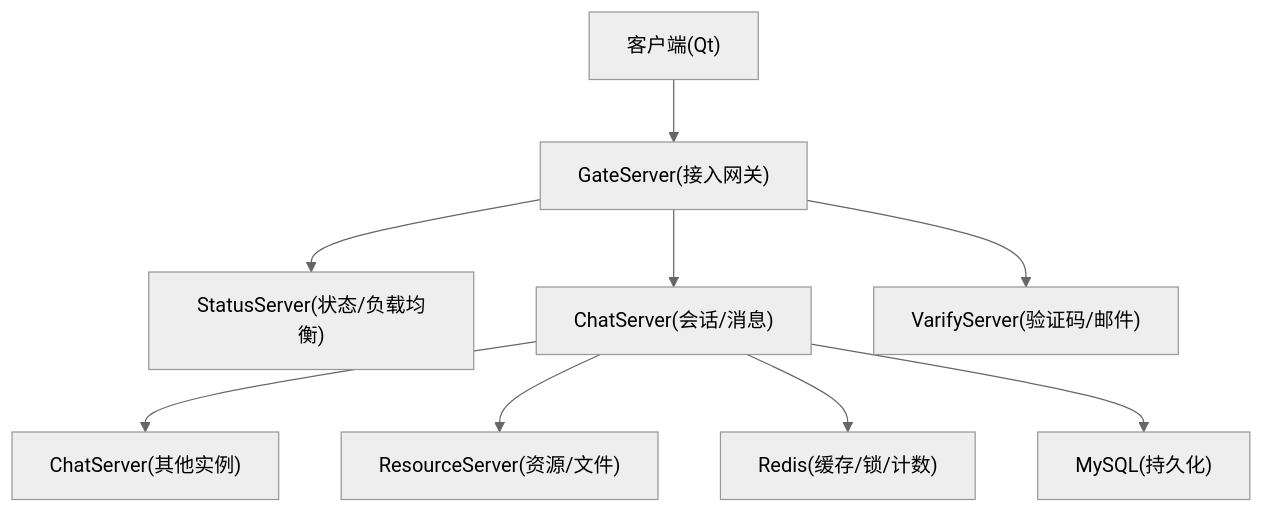
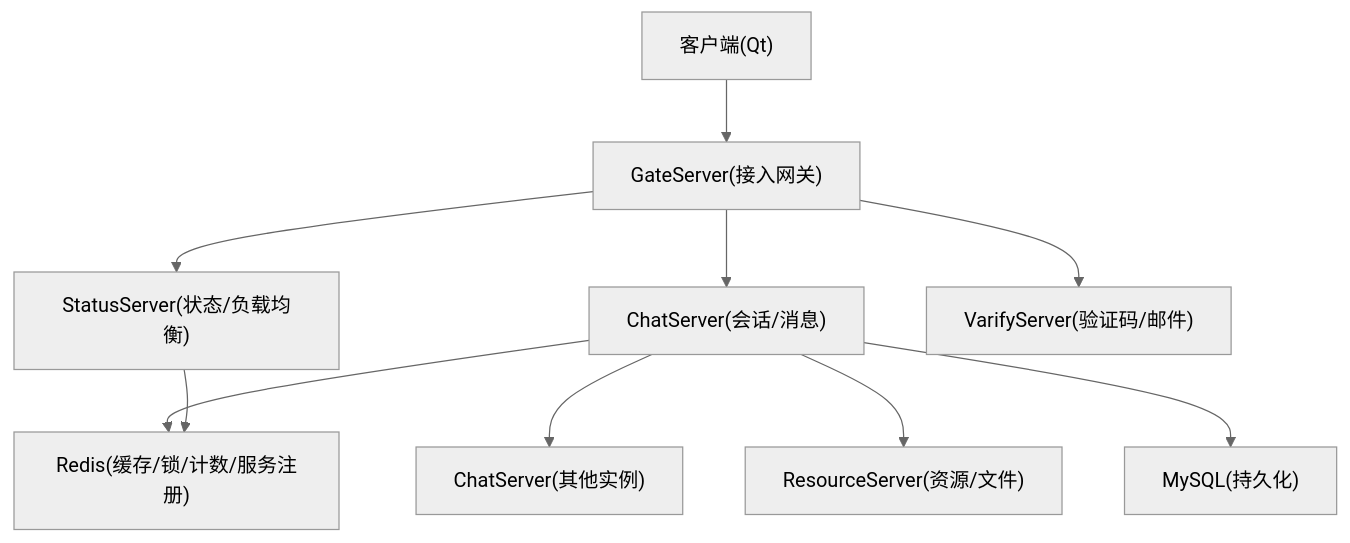
Before and after one commit to echo9923/mychatter: the first of 8 diagrams in .qoder/repowiki/zh/content/分布式系统/分布式系统.md, drawn with Mermaid (neutral theme). The commit also changed other lines of this file and 107 other files, not shown here.

````diff
--- a/.qoder/repowiki/zh/content/分布式系统/分布式系统.md
+++ b/.qoder/repowiki/zh/content/分布式系统/分布式系统.md
@@ -53,11 +68,12 @@
 ```mermaid
 graph TB
 Client["客户端(Qt)"] --> Gate["GateServer(接入网关)"]
 Gate --> Status["StatusServer(状态/负载均衡)"]
 Gate --> Chat["ChatServer(会话/消息)"]
 Chat --> Chat2["ChatServer(其他实例)"]
 Chat --> Res["ResourceServer(资源/文件)"]
-Chat --> Redis["Redis(缓存/锁/计数)"]
+Chat --> Redis["Redis(缓存/锁/计数/服务注册)"]
 Chat --> MySQL["MySQL(持久化)"]
 Gate --> Verify["VarifyServer(验证码/邮件)"]
+Status --> Redis
 ```
````
